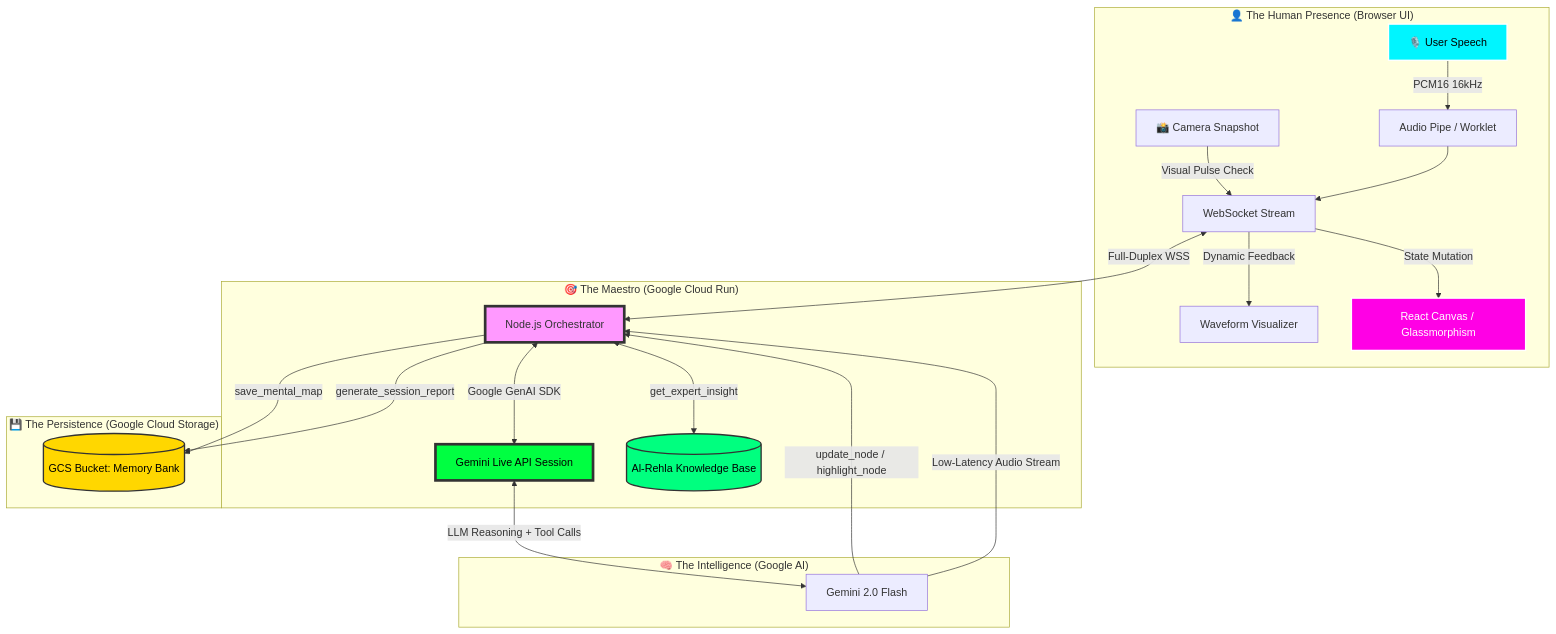
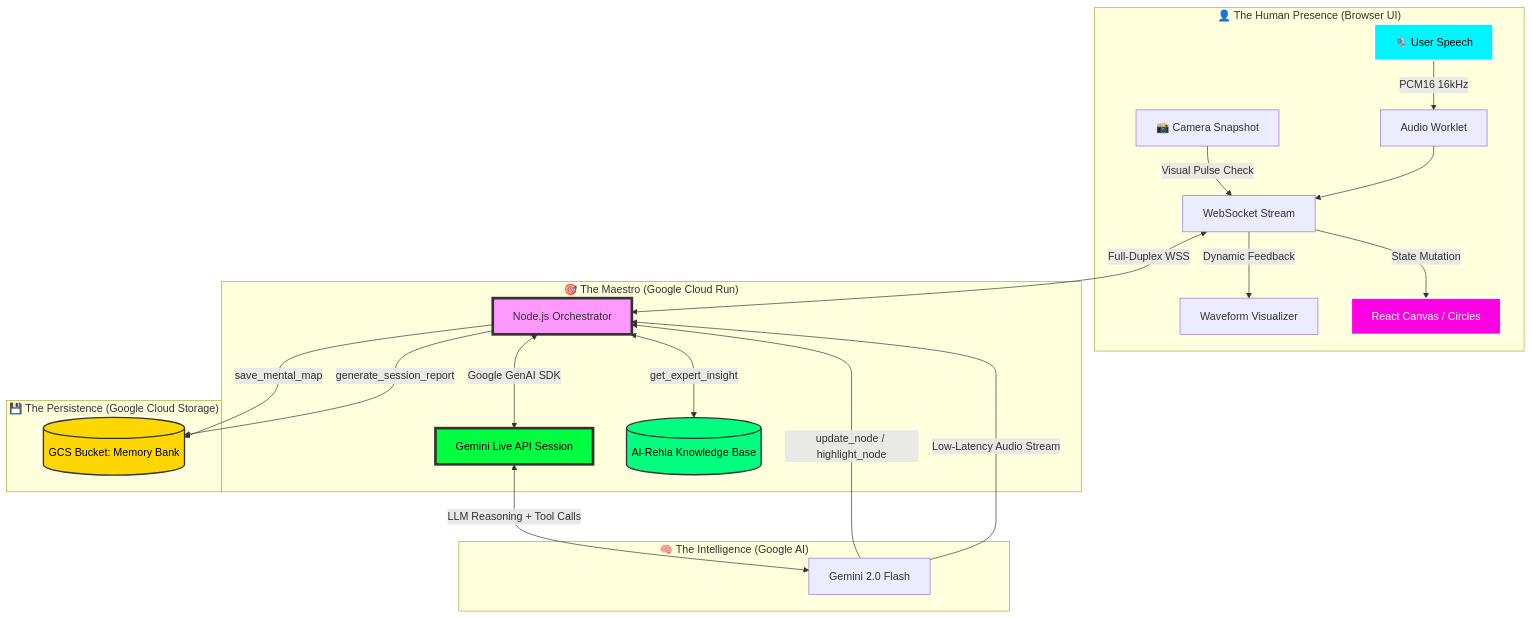
One commit to M7mdRef3t/dawayir-live-agent changed the diagram in README.md. Above: the diagram before and after it, drawn with Mermaid. The commit also changed other lines of this file and 25 other files, not shown here.

````diff
--- a/README.md
+++ b/README.md
@@ -19,34 +59,34 @@
 ```mermaid
 graph TD
     subgraph "👤 The Human Presence (Browser UI)"
-        U[🎙️ User Speech] -->|PCM16 16kHz| AP[Audio Pipe / Worklet]
+        U[🎙️ User Speech] -->|PCM16 16kHz| AP[Audio Worklet]
         CAM[📸 Camera Snapshot] -->|Visual Pulse Check| WS
         AP --> WS[WebSocket Stream]
         WS -->|Dynamic Feedback| V[Waveform Visualizer]
-        WS -->|State Mutation| RC[React Canvas / Glassmorphism]
+        WS -->|State Mutation| RC[React Canvas / Circles]
     end
 
     subgraph "🎯 The Maestro (Google Cloud Run)"
         WS <-->|Full-Duplex WSS| NB[Node.js Orchestrator]
         NB <-->|Google GenAI SDK| GL[Gemini Live API Session]
         NB <-->|get_expert_insight| KB[(Al-Rehla Knowledge Base)]
     end
 
     subgraph "💾 The Persistence (Google Cloud Storage)"
         NB -->|save_mental_map| GCS[(GCS Bucket: Memory Bank)]
         NB -->|generate_session_report| GCS
     end
 
     subgraph "🧠 The Intelligence (Google AI)"
         GL <-->|LLM Reasoning + Tool Calls| GEM[Gemini 2.0 Flash]
         GEM -->|update_node / highlight_node| NB
         GEM -->|Low-Latency Audio Stream| NB
     end
 
     style U fill:#00F5FF,stroke:#fff,stroke-width:2px,color:#000
     style NB fill:#f9f,stroke:#333,stroke-width:4px
     style GL fill:#00FF41,stroke:#333,stroke-width:4px,color:#000
     style RC fill:#FF00E5,stroke:#fff,stroke-width:2px,color:#fff
     style GCS fill:#FFD700,stroke:#333,stroke-width:2px,color:#000
     style KB fill:#00FF7F,stroke:#333,stroke-width:2px,color:#000
 ```
````
